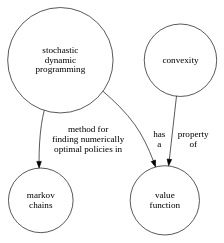
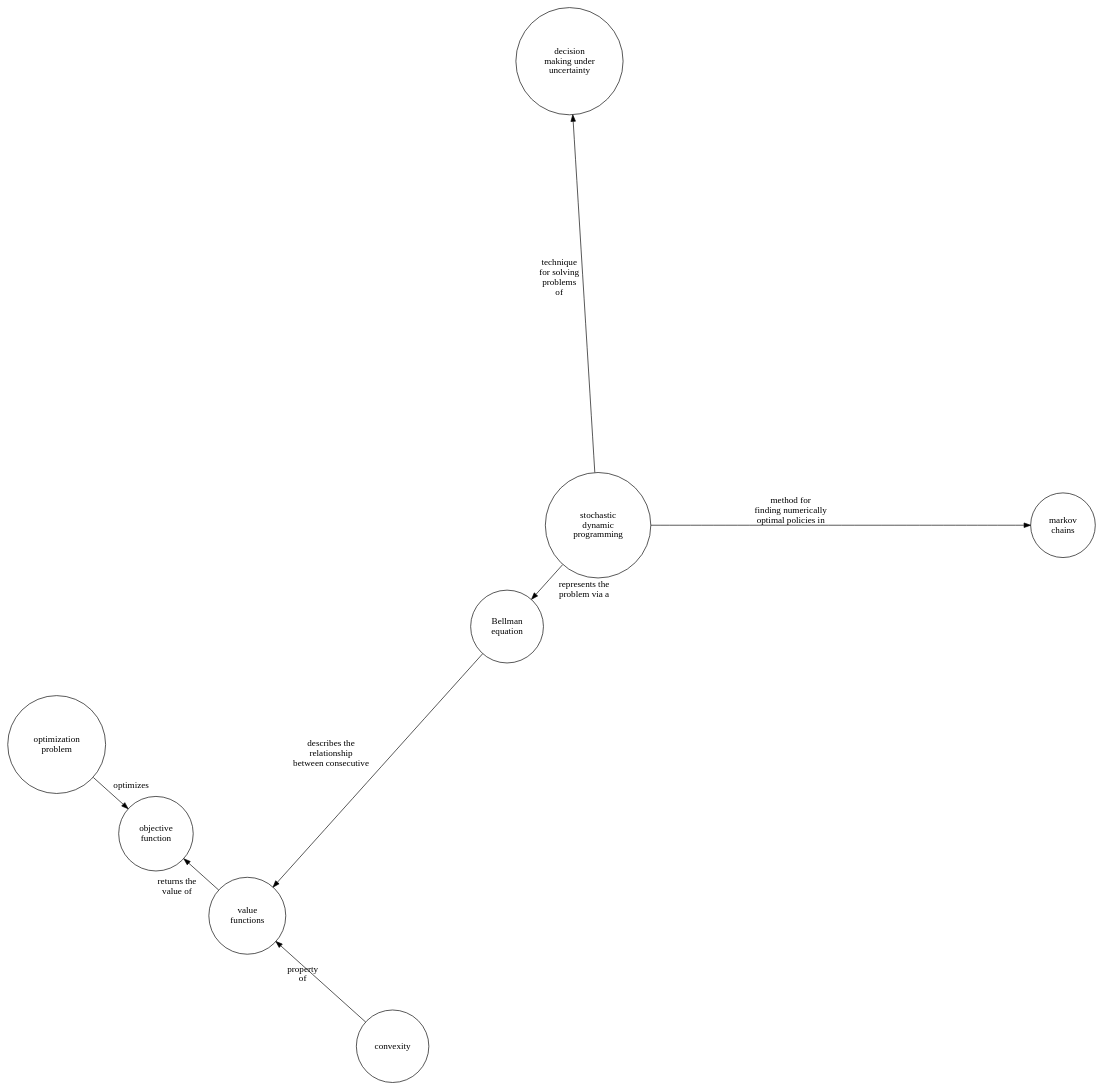
One commit to witusj/research changed the diagram in notes/mindmaps.qmd. Above: the diagram before and after it, drawn with Graphviz. The commit also changed other lines of this file and 28 other files, not shown here.

````diff
--- a/notes/mindmaps.qmd
+++ b/notes/mindmaps.qmd
@@ -12,9 +14,17 @@
 ```{dot}
 digraph OAS {
 	node [shape = circle];
+	layout=circo
+	
 	"stochastic\ndynamic\nprogramming" -> "markov\nchains" [label = "method for\n finding numerically\noptimal policies in"];
-	"stochastic\ndynamic\nprogramming" -> "value\nfunction" [label = "has\na"];
-	"convexity" -> "value\nfunction" [label = "property\nof"];
+	"convexity" -> "value\nfunctions" [label = "property\nof"];
+	"stochastic\ndynamic\nprogramming" -> "decision\nmaking under\nuncertainty" [label = "technique\nfor solving\nproblems\nof"];
+	"stochastic\ndynamic\nprogramming" -> "Bellman\nequation" [label = "represents the\nproblem via a"];
+	"Bellman\nequation" -> "value\nfunctions" [label = "describes the\nrelationship\nbetween consecutive"]
+	"value\nfunctions" -> "objective\nfunction" [label = "returns the\nvalue of"]
+	"optimization\nproblem" -> "objective\nfunction" [label = "optimizes"]
+	
+	
 	
 }
 ```
````
